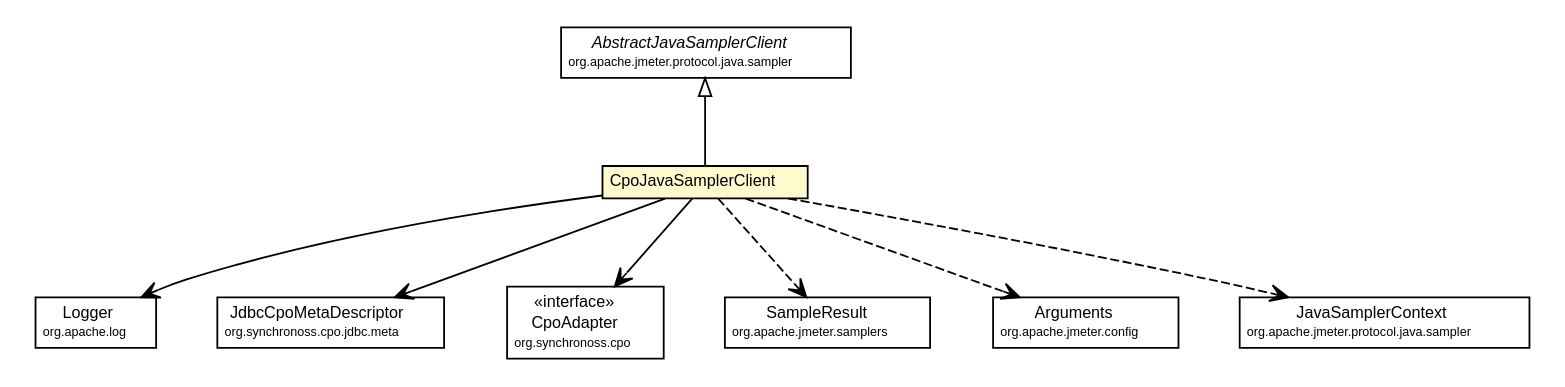
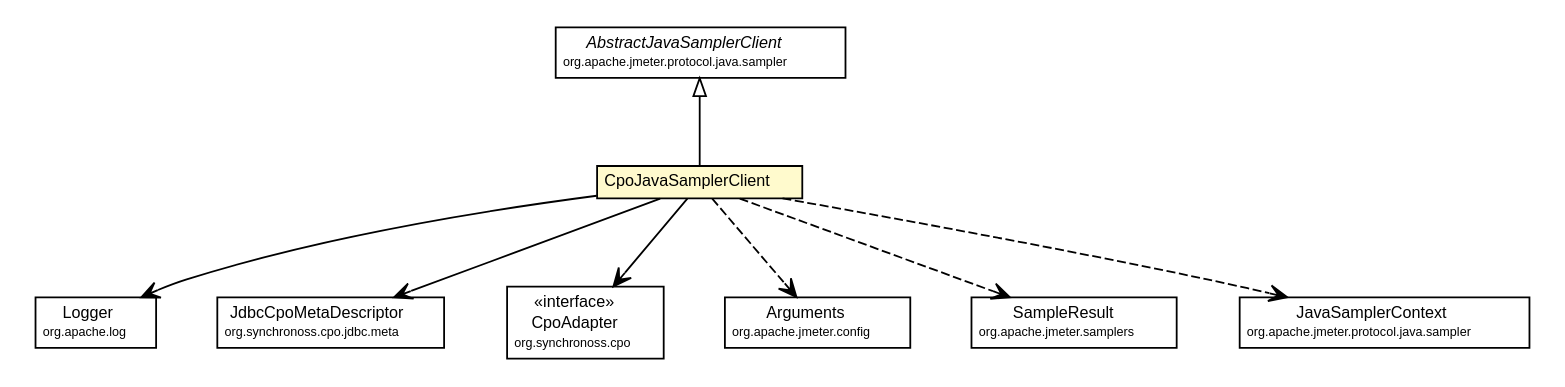
Before and after one commit to synchronoss/cpo-api: the diagram in site/testapidocs/org/synchronoss/cpo/jdbc/jmeter/CpoJavaSamplerClient.dot, drawn with Graphviz. The commit also changed 876 other files, not shown here.

```diff
--- a/site/testapidocs/org/synchronoss/cpo/jdbc/jmeter/CpoJavaSamplerClient.dot
+++ b/site/testapidocs/org/synchronoss/cpo/jdbc/jmeter/CpoJavaSamplerClient.dot
@@ -1,80 +1,80 @@
 #!/usr/local/bin/dot
 #
 # Class diagram 
 # Generated by UmlGraph version 4.6 (http://www.spinellis.gr/sw/umlgraph)
 #
 
 digraph G {
 	edge [fontname="Helvetica",fontsize=10,labelfontname="Helvetica",labelfontsize=10];
 	node [fontname="Helvetica",fontsize=10,shape=plaintext];
 	// org.synchronoss.cpo.jdbc.jmeter.CpoJavaSamplerClient
 	c2114 [label=<<table border="0" cellborder="1" cellspacing="0" cellpadding="2" port="p" bgcolor="lemonChiffon" href="./CpoJavaSamplerClient.html">
 		<tr><td><table border="0" cellspacing="0" cellpadding="1">
 			<tr><td> CpoJavaSamplerClient </td></tr>
 		</table></td></tr>
 		</table>>, fontname="Helvetica", fontcolor="black", fontsize=9.0];
 	//org.synchronoss.cpo.jdbc.jmeter.CpoJavaSamplerClient extends org.apache.jmeter.protocol.java.sampler.AbstractJavaSamplerClient
 	c2135:p -> c2114:p [dir=back,arrowtail=empty];
 	// org.synchronoss.cpo.jdbc.jmeter.CpoJavaSamplerClient NAVASSOC org.apache.log.Logger
 	c2114:p -> c2141:p [taillabel="", label="", headlabel="", fontname="Helvetica", fontcolor="black", fontsize=10.0, color="black", arrowhead=open];
 	// org.synchronoss.cpo.jdbc.jmeter.CpoJavaSamplerClient NAVASSOC org.synchronoss.cpo.jdbc.meta.JdbcCpoMetaDescriptor
 	c2114:p -> c2142:p [taillabel="", label="", headlabel="", fontname="Helvetica", fontcolor="black", fontsize=10.0, color="black", arrowhead=open];
 	// org.synchronoss.cpo.jdbc.jmeter.CpoJavaSamplerClient NAVASSOC org.synchronoss.cpo.CpoAdapter
 	c2114:p -> c2143:p [taillabel="", label="", headlabel="", fontname="Helvetica", fontcolor="black", fontsize=10.0, color="black", arrowhead=open];
+	// org.synchronoss.cpo.jdbc.jmeter.CpoJavaSamplerClient DEPEND org.apache.jmeter.config.Arguments
+	c2114:p -> c2147:p [taillabel="", label="", headlabel="", fontname="Helvetica", fontcolor="black", fontsize=10.0, color="black", arrowhead=open, style=dashed];
 	// org.synchronoss.cpo.jdbc.jmeter.CpoJavaSamplerClient DEPEND org.apache.jmeter.samplers.SampleResult
-	c2114:p -> c2147:p [taillabel="", label="", headlabel="", fontname="Helvetica", fontcolor="black", fontsize=10.0, color="black", arrowhead=open, style=dashed];
-	// org.synchronoss.cpo.jdbc.jmeter.CpoJavaSamplerClient DEPEND org.apache.jmeter.config.Arguments
 	c2114:p -> c2151:p [taillabel="", label="", headlabel="", fontname="Helvetica", fontcolor="black", fontsize=10.0, color="black", arrowhead=open, style=dashed];
 	// org.synchronoss.cpo.jdbc.jmeter.CpoJavaSamplerClient DEPEND org.apache.jmeter.protocol.java.sampler.JavaSamplerContext
 	c2114:p -> c2153:p [taillabel="", label="", headlabel="", fontname="Helvetica", fontcolor="black", fontsize=10.0, color="black", arrowhead=open, style=dashed];
 	// org.apache.jmeter.config.Arguments
-	c2151 [label=<<table border="0" cellborder="1" cellspacing="0" cellpadding="2" port="p" href="http://java.sun.com/j2se/1.4.2/docs/api/org/apache/jmeter/config/Arguments.html">
+	c2147 [label=<<table border="0" cellborder="1" cellspacing="0" cellpadding="2" port="p" href="http://java.sun.com/j2se/1.4.2/docs/api/org/apache/jmeter/config/Arguments.html">
 		<tr><td><table border="0" cellspacing="0" cellpadding="1">
 			<tr><td> Arguments </td></tr>
 			<tr><td><font point-size="7.0"> org.apache.jmeter.config </font></td></tr>
 		</table></td></tr>
 		</table>>, fontname="Helvetica", fontcolor="black", fontsize=9.0];
 	// org.apache.jmeter.protocol.java.sampler.AbstractJavaSamplerClient
 	c2135 [label=<<table border="0" cellborder="1" cellspacing="0" cellpadding="2" port="p" href="http://java.sun.com/j2se/1.4.2/docs/api/org/apache/jmeter/protocol/java/sampler/AbstractJavaSamplerClient.html">
 		<tr><td><table border="0" cellspacing="0" cellpadding="1">
 			<tr><td><font face="Helvetica-Oblique"> AbstractJavaSamplerClient </font></td></tr>
 			<tr><td><font point-size="7.0"> org.apache.jmeter.protocol.java.sampler </font></td></tr>
 		</table></td></tr>
 		</table>>, fontname="Helvetica", fontcolor="black", fontsize=9.0];
 	// org.apache.jmeter.protocol.java.sampler.JavaSamplerContext
 	c2153 [label=<<table border="0" cellborder="1" cellspacing="0" cellpadding="2" port="p" href="http://java.sun.com/j2se/1.4.2/docs/api/org/apache/jmeter/protocol/java/sampler/JavaSamplerContext.html">
 		<tr><td><table border="0" cellspacing="0" cellpadding="1">
 			<tr><td> JavaSamplerContext </td></tr>
 			<tr><td><font point-size="7.0"> org.apache.jmeter.protocol.java.sampler </font></td></tr>
 		</table></td></tr>
 		</table>>, fontname="Helvetica", fontcolor="black", fontsize=9.0];
 	// org.apache.log.Logger
 	c2141 [label=<<table border="0" cellborder="1" cellspacing="0" cellpadding="2" port="p" href="http://java.sun.com/j2se/1.4.2/docs/api/org/apache/log/Logger.html">
 		<tr><td><table border="0" cellspacing="0" cellpadding="1">
 			<tr><td> Logger </td></tr>
 			<tr><td><font point-size="7.0"> org.apache.log </font></td></tr>
 		</table></td></tr>
 		</table>>, fontname="Helvetica", fontcolor="black", fontsize=9.0];
 	// org.synchronoss.cpo.CpoAdapter
 	c2143 [label=<<table border="0" cellborder="1" cellspacing="0" cellpadding="2" port="p" href="http://java.sun.com/j2se/1.4.2/docs/api/org/synchronoss/cpo/CpoAdapter.html">
 		<tr><td><table border="0" cellspacing="0" cellpadding="1">
 			<tr><td> &laquo;interface&raquo; </td></tr>
 			<tr><td> CpoAdapter </td></tr>
 			<tr><td><font point-size="7.0"> org.synchronoss.cpo </font></td></tr>
 		</table></td></tr>
 		</table>>, fontname="Helvetica", fontcolor="black", fontsize=9.0];
 	// org.synchronoss.cpo.jdbc.meta.JdbcCpoMetaDescriptor
 	c2142 [label=<<table border="0" cellborder="1" cellspacing="0" cellpadding="2" port="p" href="http://java.sun.com/j2se/1.4.2/docs/api/org/synchronoss/cpo/jdbc/meta/JdbcCpoMetaDescriptor.html">
 		<tr><td><table border="0" cellspacing="0" cellpadding="1">
 			<tr><td> JdbcCpoMetaDescriptor </td></tr>
 			<tr><td><font point-size="7.0"> org.synchronoss.cpo.jdbc.meta </font></td></tr>
 		</table></td></tr>
 		</table>>, fontname="Helvetica", fontcolor="black", fontsize=9.0];
 	// org.apache.jmeter.samplers.SampleResult
-	c2147 [label=<<table border="0" cellborder="1" cellspacing="0" cellpadding="2" port="p" href="http://java.sun.com/j2se/1.4.2/docs/api/org/apache/jmeter/samplers/SampleResult.html">
+	c2151 [label=<<table border="0" cellborder="1" cellspacing="0" cellpadding="2" port="p" href="http://java.sun.com/j2se/1.4.2/docs/api/org/apache/jmeter/samplers/SampleResult.html">
 		<tr><td><table border="0" cellspacing="0" cellpadding="1">
 			<tr><td> SampleResult </td></tr>
 			<tr><td><font point-size="7.0"> org.apache.jmeter.samplers </font></td></tr>
 		</table></td></tr>
 		</table>>, fontname="Helvetica", fontcolor="black", fontsize=9.0];
 }
```
